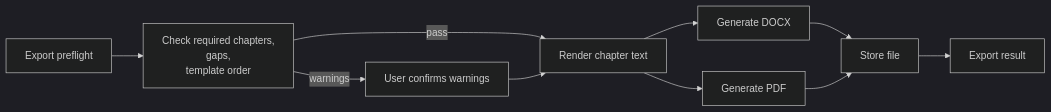
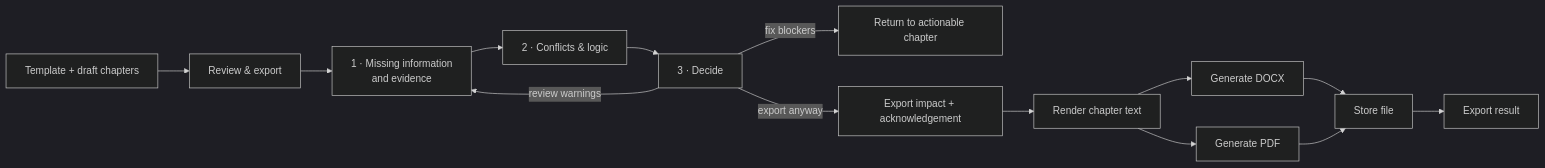
One commit to Open-Earth-Foundation/CityCatalyst changed diagram 14 of 14 in docs/ConceptNoteBuilderArchitecture.md. Above: the diagram before and after it, drawn with Mermaid (dark theme). The commit also changed other lines of this file and 42 other files, not shown here.

Commit message:
feat(cnb): add guided CityCatalyst review and export

````diff
--- a/docs/ConceptNoteBuilderArchitecture.md
+++ b/docs/ConceptNoteBuilderArchitecture.md
@@ -2314,12 +2418,16 @@
 ```mermaid
 flowchart LR
-    Preflight["Export preflight"] --> Check["Check required chapters,<br/>gaps,<br/>template order"]
-    Check -->|pass| Render["Render chapter text"]
-    Check -->|warnings| Confirm["User confirms warnings"]
-    Confirm --> Render
+    Gate["Template + draft chapters"] --> Trigger["Review & export"]
+    Trigger --> Complete["1 · Missing information<br/>and evidence"]
+    Complete --> Consistency["2 · Conflicts & logic"]
+    Consistency --> Decide["3 · Decide"]
+    Decide -->|fix blockers| Revise["Return to actionable chapter"]
+    Decide -->|review warnings| Complete
+    Decide -->|export anyway| Preflight["Export impact + acknowledgement"]
+    Preflight --> Render["Render chapter text"]
     Render --> Docx["Generate DOCX"]
     Render --> Pdf["Generate PDF"]
     Docx --> Store["Store file"]
     Pdf --> Store
     Store --> Result["Export result"]
 ```
````
